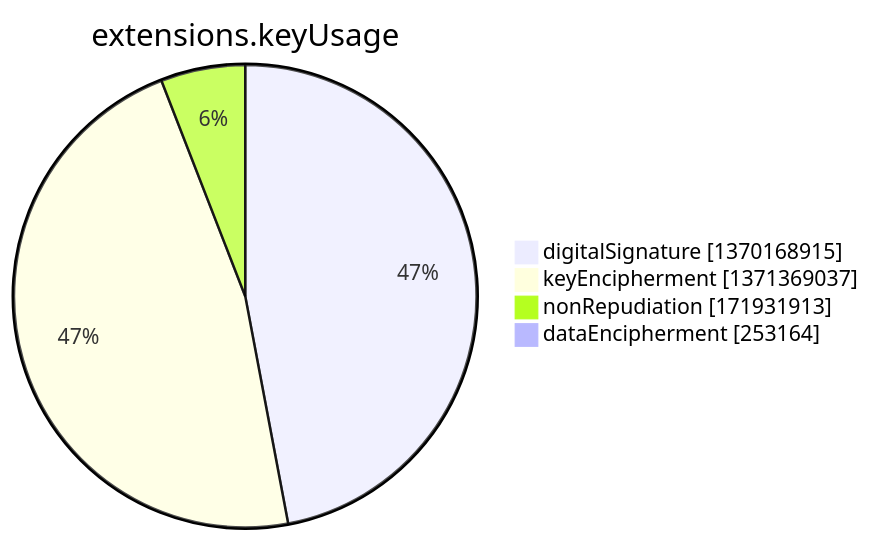
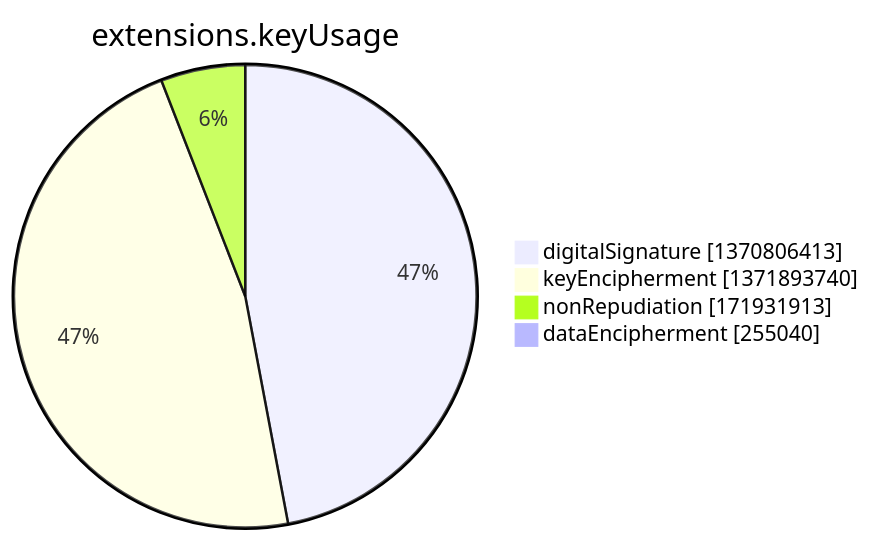
One commit to christiankrug/ctmonitor_visualization changed the seventh of 15 diagrams in argon2022/README.md. Above: the diagram before and after it, drawn with Mermaid. The commit also changed other lines of this file, not shown here.

````diff
--- a/argon2022/README.md
+++ b/argon2022/README.md
@@ -2751,8 +2751,8 @@
 ```mermaid
 pie showData
 title extensions.keyUsage
-"digitalSignature" :1370168915
-"keyEncipherment" :1371369037
+"digitalSignature" :1370806413
+"keyEncipherment" :1371893740
 "nonRepudiation" :171931913
-"dataEncipherment" :253164
+"dataEncipherment" :255040
 ```
````
